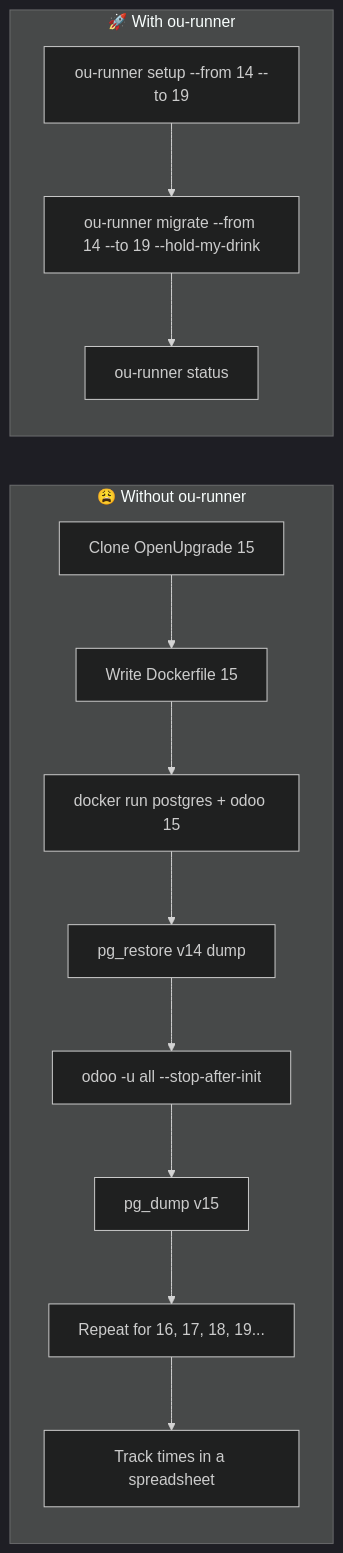
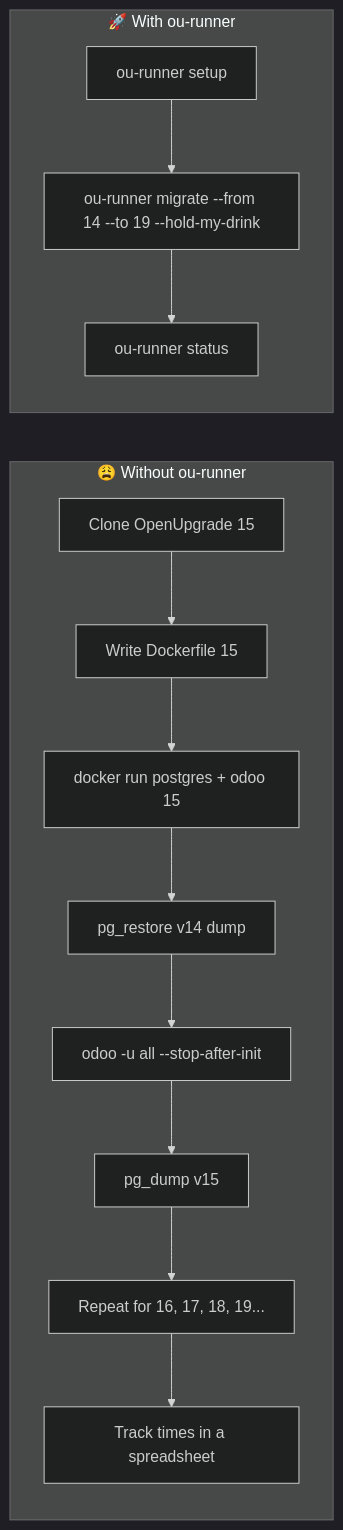
One commit to aidooit/ou-runner changed the first of 3 diagrams in README.md. Above: the diagram before and after it, drawn with Mermaid (dark theme). The commit also changed other lines of this file and 1 other file, not shown here.

First line of the commit message:
Make `setup` interactive-only; drop --from/--to/--force

````diff
--- a/README.md
+++ b/README.md
@@ -42,20 +42,20 @@
 ```mermaid
 flowchart LR
   subgraph WITHOUT["😩 Without ou-runner"]
     direction TB
     W1[Clone OpenUpgrade 15] --> W2[Write Dockerfile 15]
     W2 --> W3[docker run postgres + odoo 15]
     W3 --> W4[pg_restore v14 dump]
     W4 --> W5[odoo -u all --stop-after-init]
     W5 --> W6[pg_dump v15]
     W6 --> W7[Repeat for 16, 17, 18, 19...]
     W7 --> W8[Track times in a spreadsheet]
   end
 
   subgraph WITH["🚀 With ou-runner"]
     direction TB
-    R1[ou-runner setup --from 14 --to 19]
+    R1[ou-runner setup]
     R1 --> R2[ou-runner migrate --from 14 --to 19 --hold-my-drink]
     R2 --> R3[ou-runner status]
   end
 ```
````
